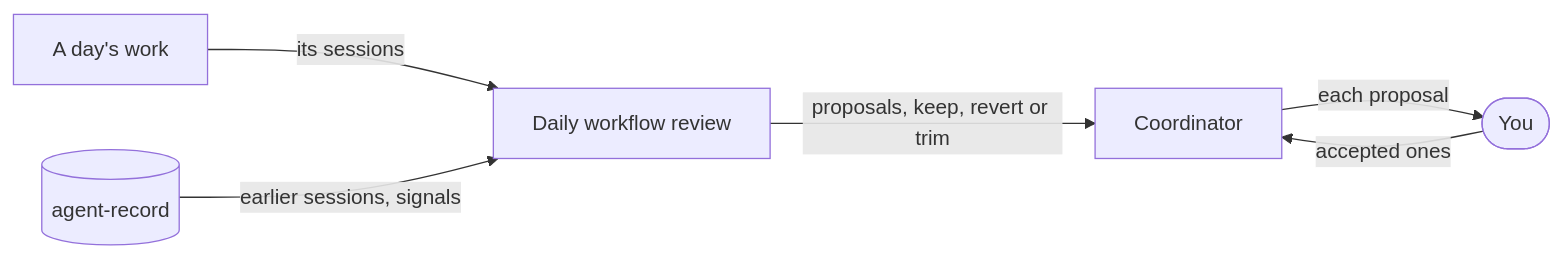
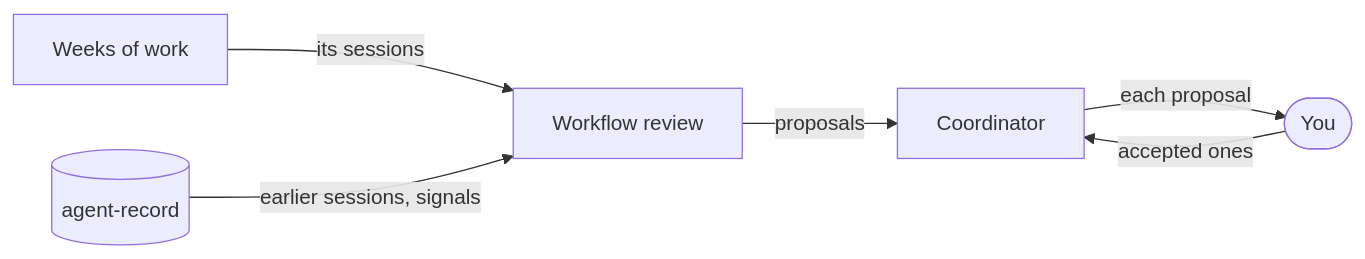
One commit to cniska/agent-skills changed the third of 3 diagrams in docs/loops.md. Above: the diagram before and after it, drawn with Mermaid. The commit also changed other lines of this file and 5 other files, not shown here.

Commit message:
refactor: workflow-review over weeks, whole skill

````diff
--- a/docs/loops.md
+++ b/docs/loops.md
@@ -66,8 +65,8 @@
 ```mermaid
 flowchart LR
-  day["A day's work"] -- "its sessions" --> review["Daily workflow review"]
+  day["Weeks of work"] -- "its sessions" --> review["Workflow review"]
   rec[("agent-record")] -- "earlier sessions, signals" --> review
-  review -- "proposals, keep, revert or trim" --> lead["Coordinator"]
+  review -- "proposals" --> lead["Coordinator"]
   lead -- "each proposal" --> you(["You"])
   you -- "accepted ones" --> lead
 ```
````
